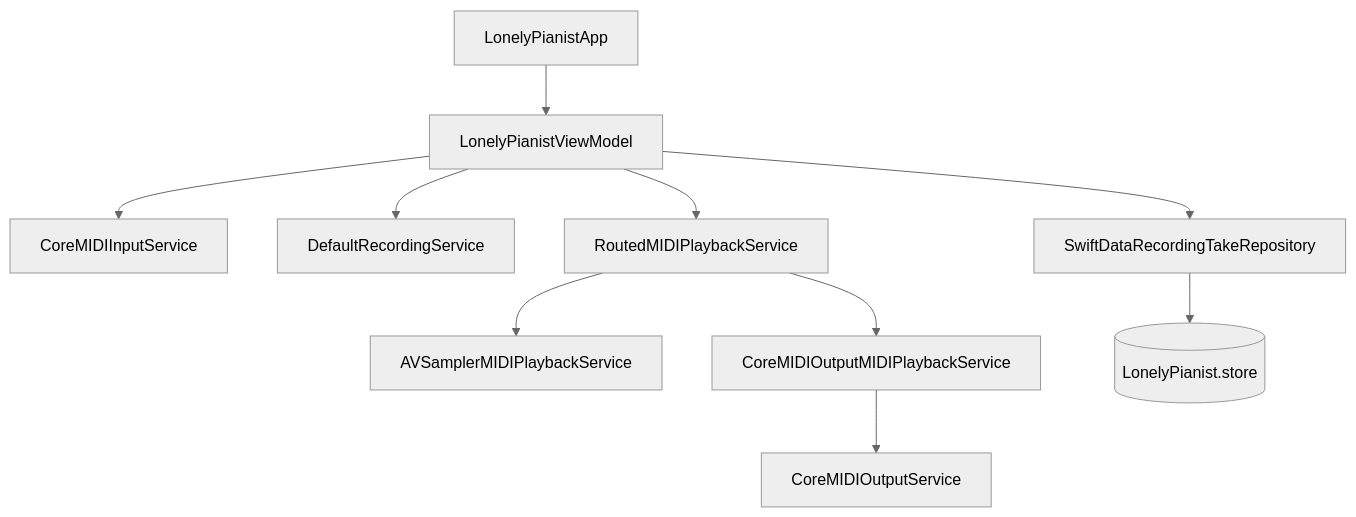
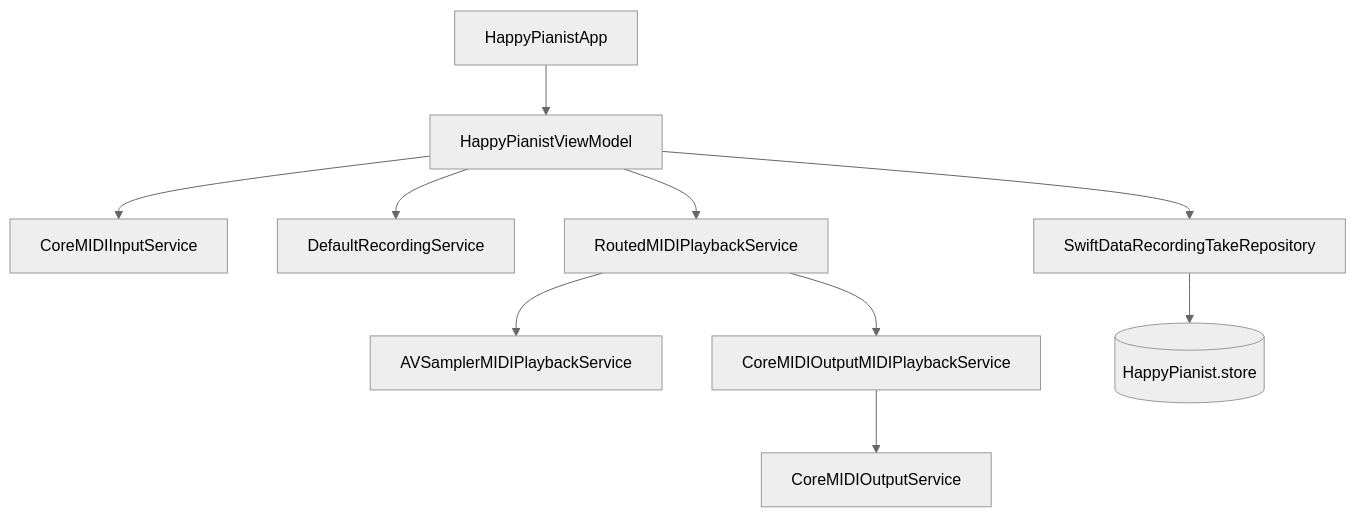
The second of 3 diagrams in docs/architecture.md (chiimagnus/Amoroso), drawn with Mermaid (neutral theme) before and after one commit. The commit also changed other lines of this file and 577 other files, not shown here.

Commit message:
重命名项目为 HappyPianist

````diff
--- a/docs/architecture.md
+++ b/docs/architecture.md
@@ -33,12 +33,12 @@
 ```mermaid
 flowchart TD
-  APP[LonelyPianistApp] --> VM[LonelyPianistViewModel]
+  APP[HappyPianistApp] --> VM[HappyPianistViewModel]
   VM --> IN[CoreMIDIInputService]
   VM --> REC[DefaultRecordingService]
   VM --> REPO[SwiftDataRecordingTakeRepository]
   VM --> ROUTE[RoutedMIDIPlaybackService]
   ROUTE --> SAMPLER[AVSamplerMIDIPlaybackService]
   ROUTE --> MIDI_OUT[CoreMIDIOutputMIDIPlaybackService]
   MIDI_OUT --> OUT[CoreMIDIOutputService]
-  REPO --> DATA[(LonelyPianist.store)]
+  REPO --> DATA[(HappyPianist.store)]
 ```
````
